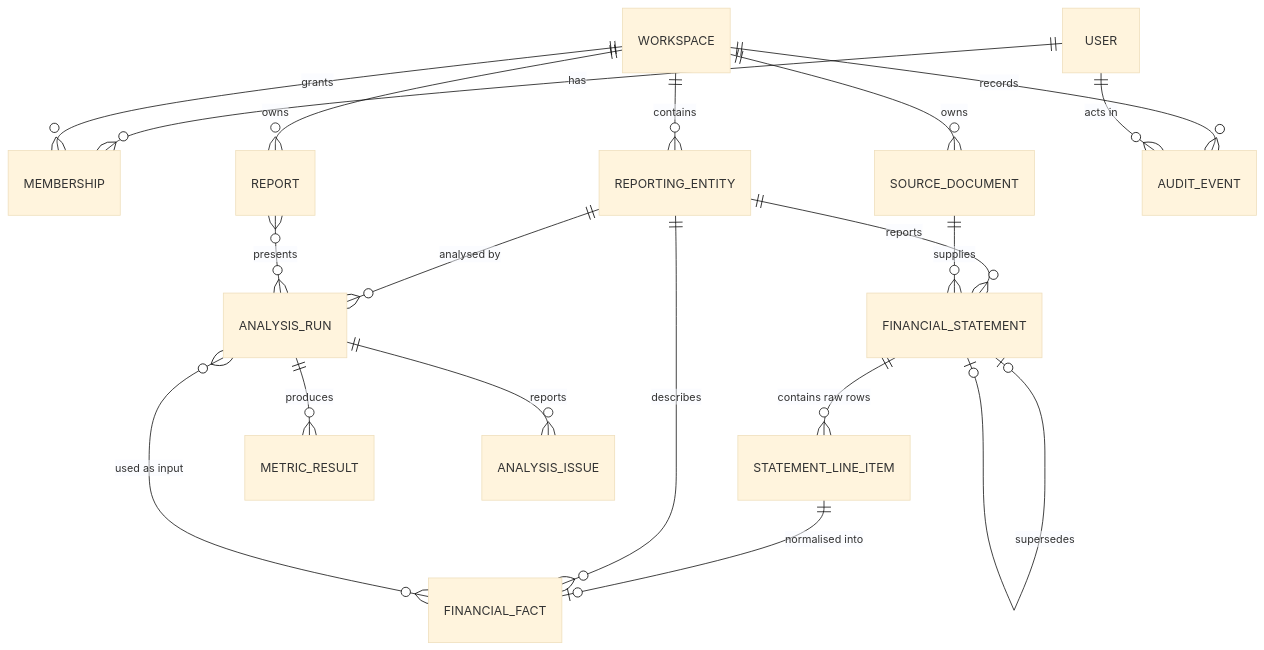
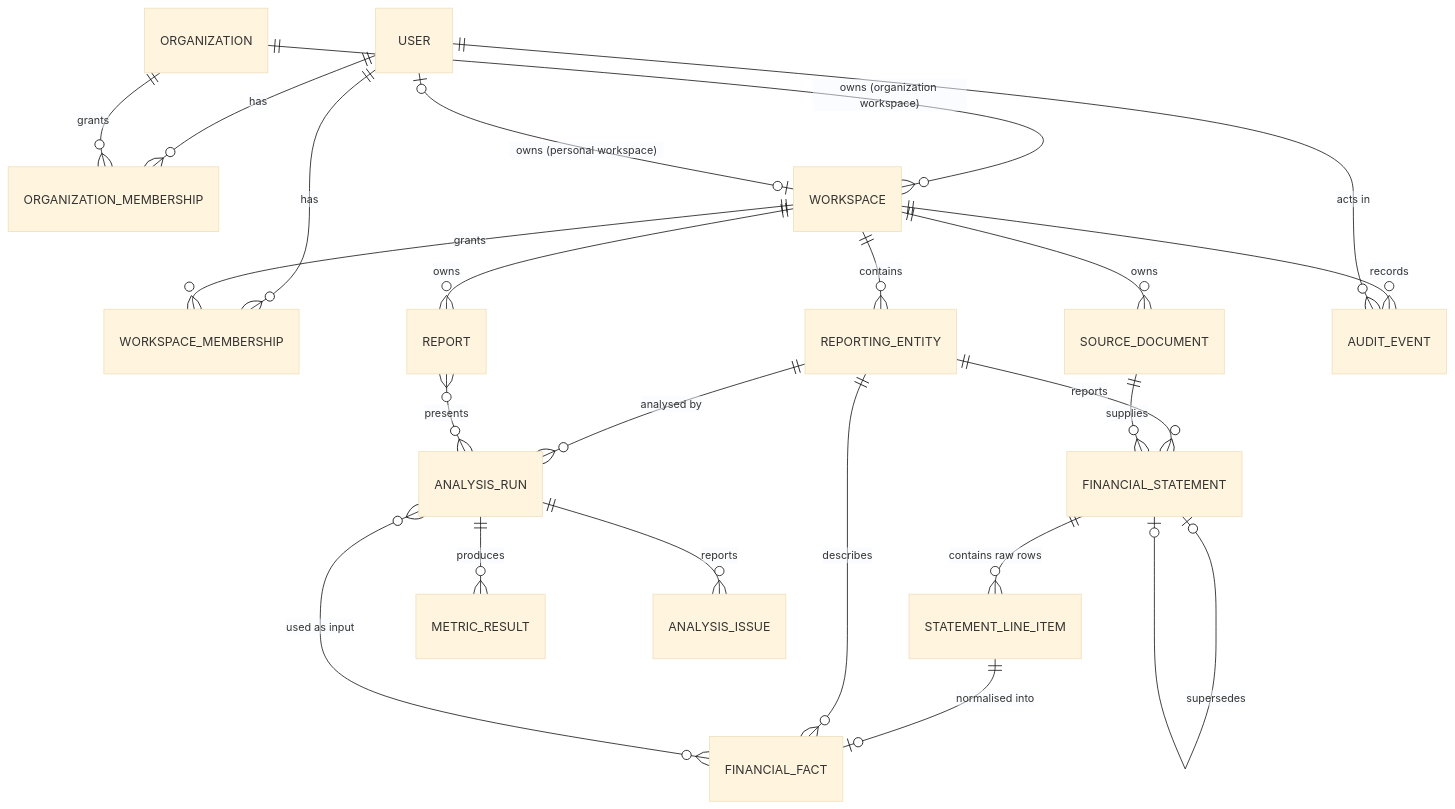
Before and after one commit to Kiritiaajd/Finlume: the diagram in docs/data/DATA_MODEL.md, drawn with Mermaid (base theme). The commit also changed other lines of this file and 11 other files, not shown here.

````diff
--- a/docs/data/DATA_MODEL.md
+++ b/docs/data/DATA_MODEL.md
@@ -48,21 +50,25 @@
 ```mermaid
 erDiagram
-    USER ||--o{ MEMBERSHIP : has
-    WORKSPACE ||--o{ MEMBERSHIP : grants
+    USER ||--o{ ORGANIZATION_MEMBERSHIP : has
+    ORGANIZATION ||--o{ ORGANIZATION_MEMBERSHIP : grants
+    ORGANIZATION ||--o{ WORKSPACE : "owns (organization workspace)"
+    USER |o--o| WORKSPACE : "owns (personal workspace)"
+    USER ||--o{ WORKSPACE_MEMBERSHIP : has
+    WORKSPACE ||--o{ WORKSPACE_MEMBERSHIP : grants
     WORKSPACE ||--o{ REPORTING_ENTITY : contains
     WORKSPACE ||--o{ SOURCE_DOCUMENT : owns
     REPORTING_ENTITY ||--o{ FINANCIAL_STATEMENT : reports
     SOURCE_DOCUMENT ||--o{ FINANCIAL_STATEMENT : "supplies"
     FINANCIAL_STATEMENT ||--o{ STATEMENT_LINE_ITEM : "contains raw rows"
     FINANCIAL_STATEMENT |o--o| FINANCIAL_STATEMENT : supersedes
     STATEMENT_LINE_ITEM ||--o| FINANCIAL_FACT : "normalised into"
     REPORTING_ENTITY ||--o{ FINANCIAL_FACT : describes
     REPORTING_ENTITY ||--o{ ANALYSIS_RUN : "analysed by"
     ANALYSIS_RUN }o--o{ FINANCIAL_FACT : "used as input"
     ANALYSIS_RUN ||--o{ METRIC_RESULT : produces
     ANALYSIS_RUN ||--o{ ANALYSIS_ISSUE : reports
     WORKSPACE ||--o{ REPORT : owns
     REPORT }o--o{ ANALYSIS_RUN : presents
     WORKSPACE ||--o{ AUDIT_EVENT : records
     USER ||--o{ AUDIT_EVENT : "acts in"
 ```
````
